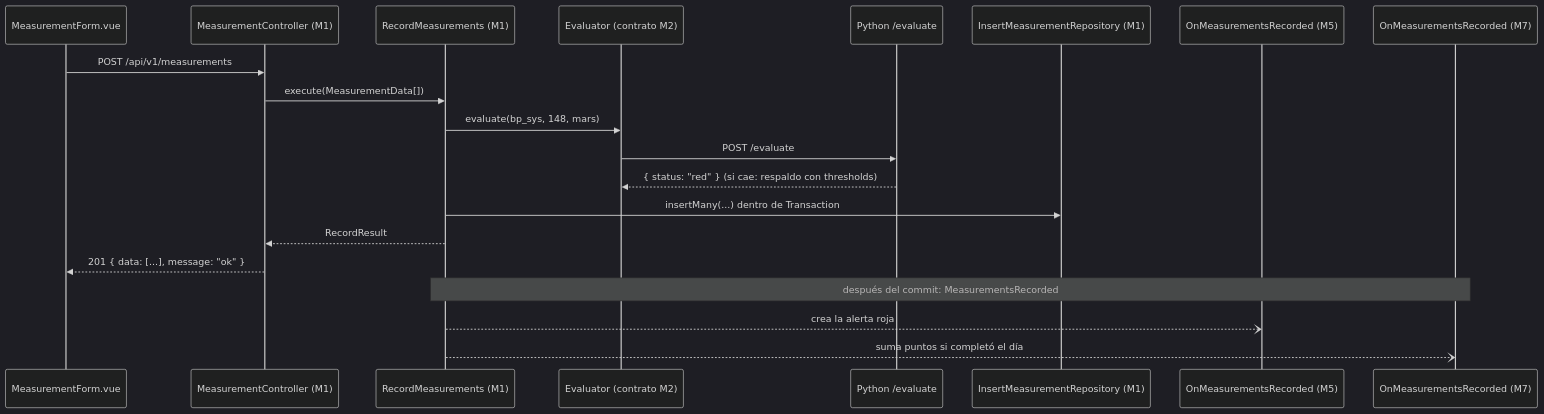
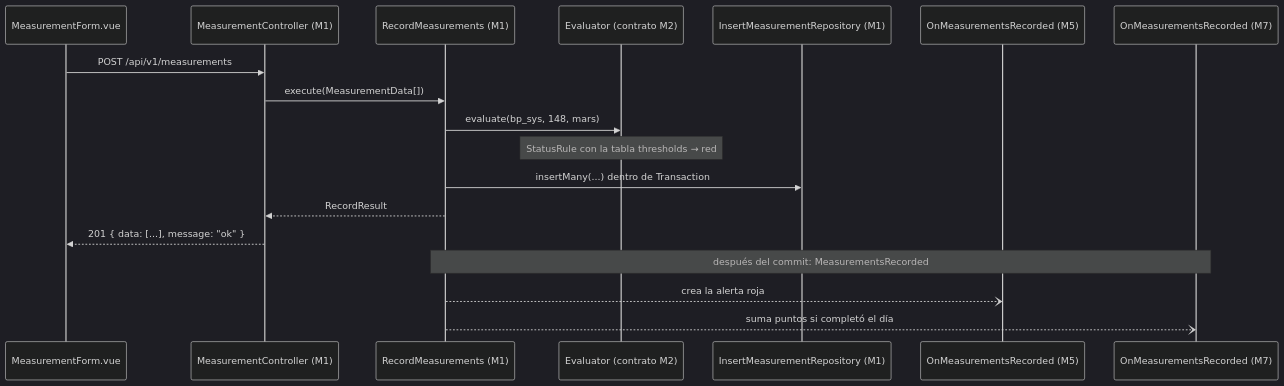
Before and after one commit to HACKATHON-NASA/ARTEMIS-III: the fourth of 4 diagrams in documentacion/arquitectura/ARCHITECTURE.md, drawn with Mermaid (dark theme). The commit also changed other lines of this file and 65 other files, not shown here.

````diff
--- a/documentacion/arquitectura/ARCHITECTURE.md
+++ b/documentacion/arquitectura/ARCHITECTURE.md
@@ -296,22 +296,20 @@
 ```mermaid
 sequenceDiagram
     participant V as MeasurementForm.vue
     participant C as MeasurementController (M1)
     participant S as RecordMeasurements (M1)
     participant E as Evaluator (contrato M2)
-    participant P as Python /evaluate
     participant W as InsertMeasurementRepository (M1)
     participant A as OnMeasurementsRecorded (M5)
     participant G as OnMeasurementsRecorded (M7)
     V->>C: POST /api/v1/measurements
     C->>S: execute(MeasurementData[])
     S->>E: evaluate(bp_sys, 148, mars)
-    E->>P: POST /evaluate
-    P-->>E: { status: "red" } (si cae: respaldo con thresholds)
+    Note over E: StatusRule con la tabla thresholds → red
     S->>W: insertMany(...) dentro de Transaction
     S-->>C: RecordResult
     C-->>V: 201 { data: [...], message: "ok" }
     Note over S,G: después del commit: MeasurementsRecorded
     S--)A: crea la alerta roja
     S--)G: suma puntos si completó el día
 ```
````
